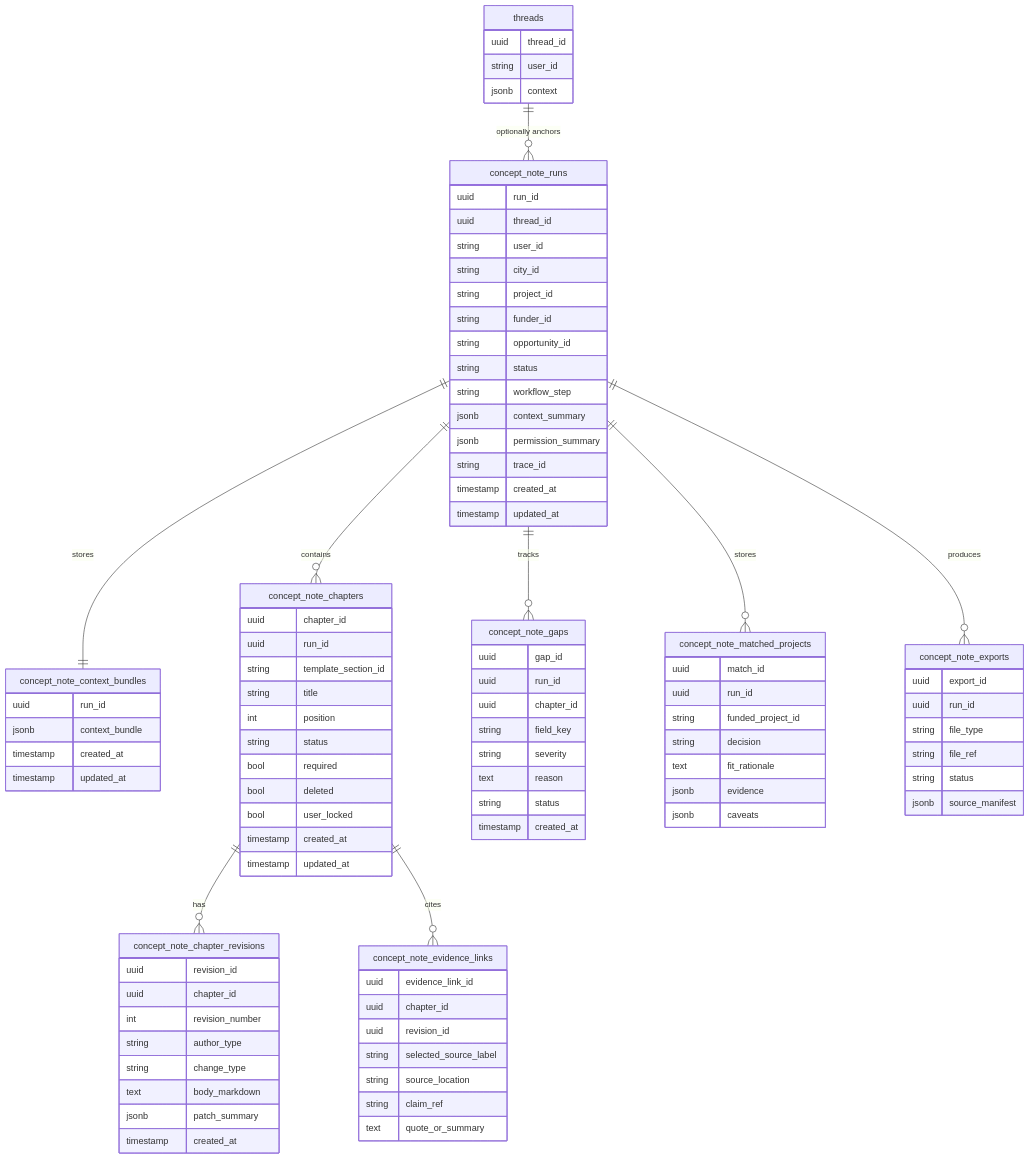
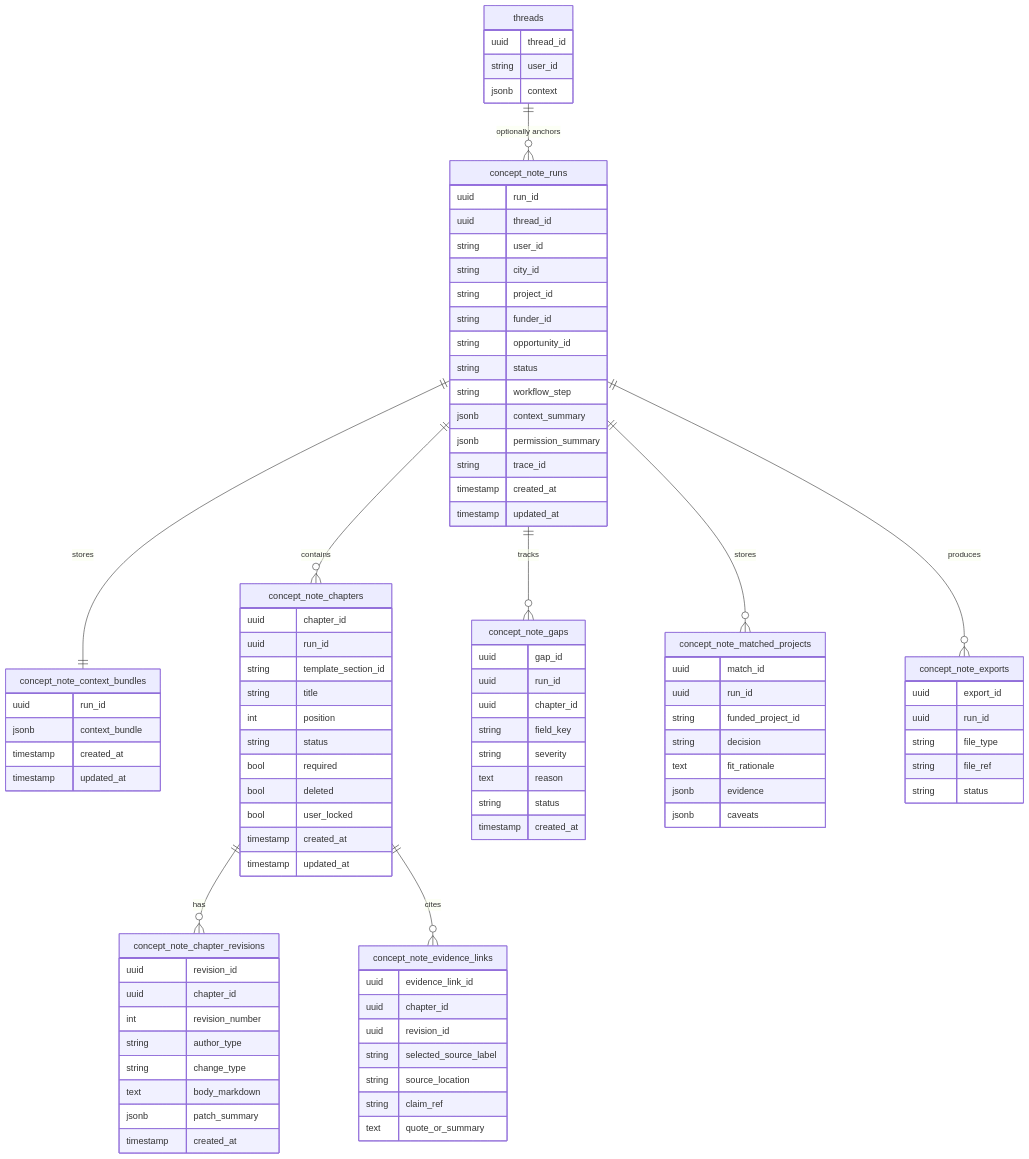
The fifth of 13 diagrams in docs/ConceptNoteBuilderArchitecture.md (Open-Earth-Foundation/CityCatalyst), drawn with Mermaid before and after one commit. The commit also changed other lines of this file, not shown here.

Commit message:
docs: clarify document workspace flow

````diff
--- a/docs/ConceptNoteBuilderArchitecture.md
+++ b/docs/ConceptNoteBuilderArchitecture.md
@@ -434,6 +433,5 @@
         string file_type
         string file_ref
         string status
-        jsonb source_manifest
     }
 ```
````
